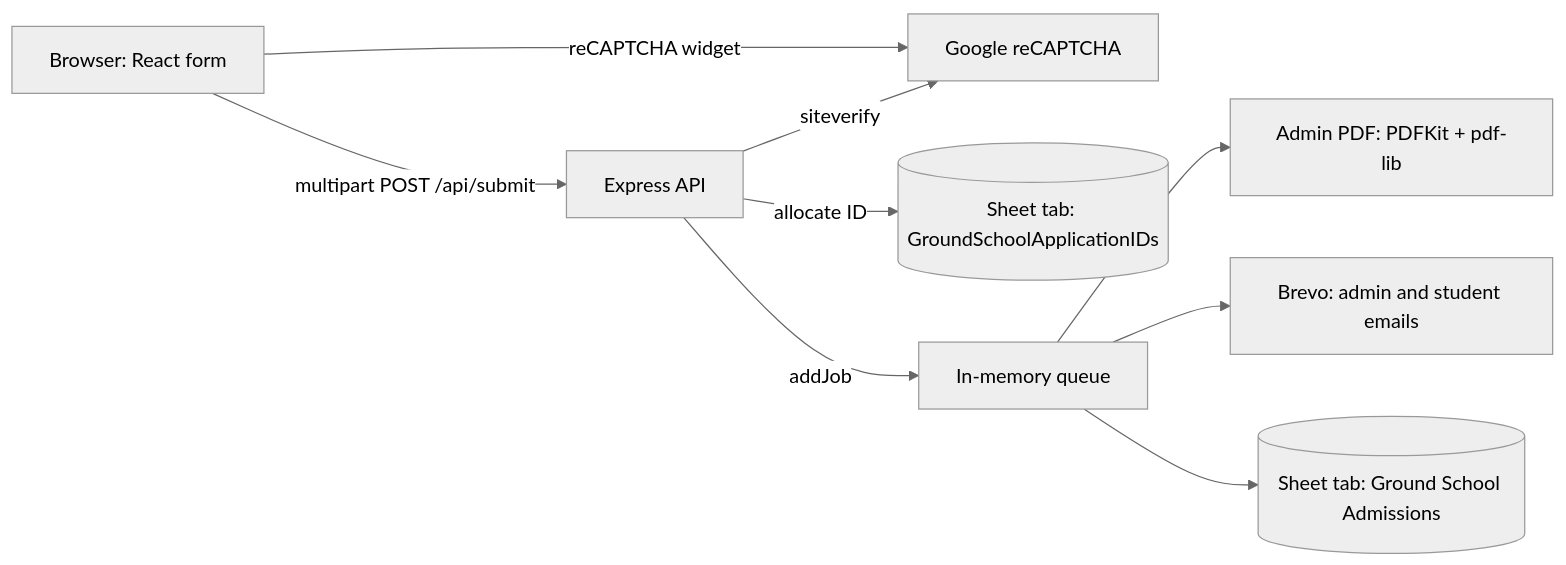
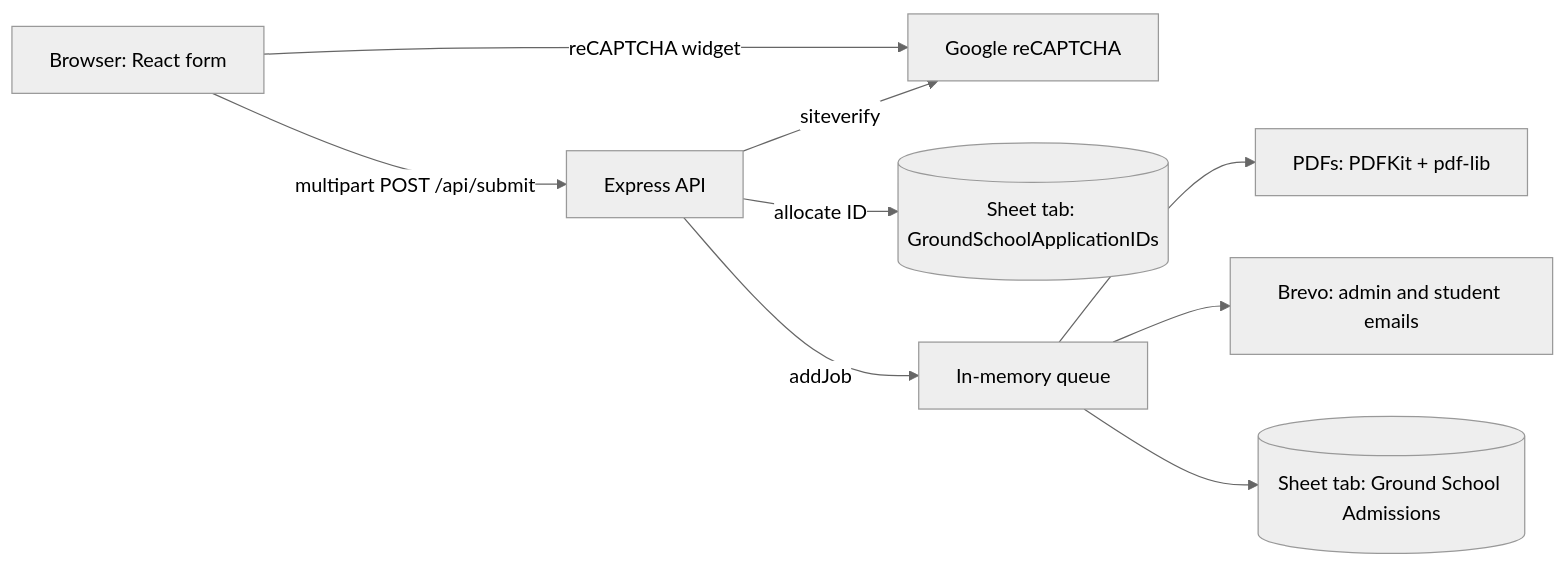
One commit to pulkitdigital/Skypro-Ground-Classes-Admission-Form changed the diagram in Readme.md. Above: the diagram before and after it, drawn with Mermaid (neutral theme). The commit also changed other lines of this file and 12 other files, not shown here.

````diff
--- a/Readme.md
+++ b/Readme.md
@@ -27,11 +27,11 @@
 ```mermaid
 flowchart LR
   B["Browser: React form"] -->|"reCAPTCHA widget"| R["Google reCAPTCHA"]
   B -->|"multipart POST /api/submit"| A["Express API"]
   A -->|"siteverify"| R
   A -->|"allocate ID"| L[("Sheet tab: GroundSchoolApplicationIDs")]
   A -->|"addJob"| Q["In-memory queue"]
-  Q --> P["Admin PDF: PDFKit + pdf-lib"]
+  Q --> P["PDFs: PDFKit + pdf-lib"]
   Q --> E["Brevo: admin and student emails"]
   Q --> S[("Sheet tab: Ground School Admissions")]
 ```
````
